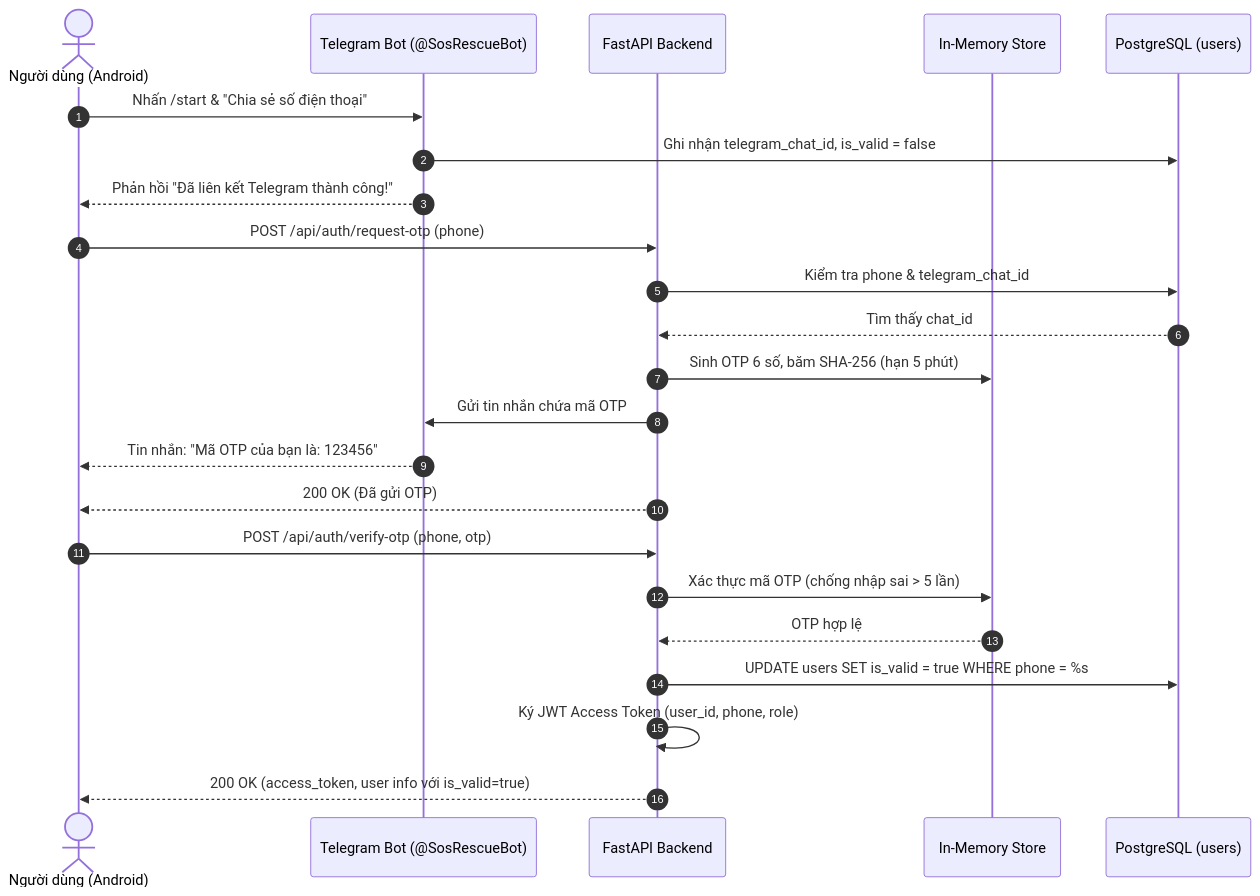
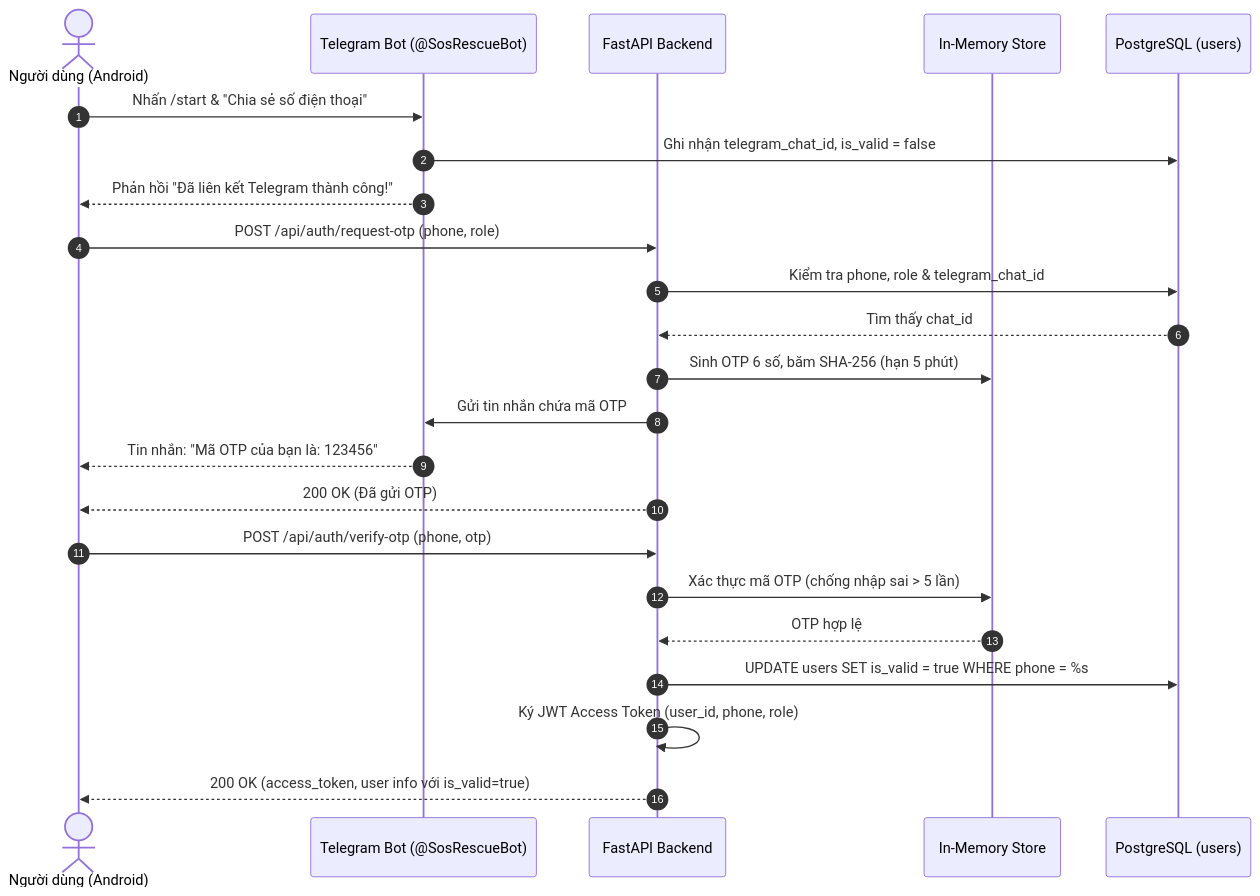
One commit to HiSapril/SOS_Android changed the first of 5 diagrams in docs/BANG_API_VA_LUONG_HOAT_DONG.md. Above: the diagram before and after it, drawn with Mermaid. The commit also changed other lines of this file and 15 other files, not shown here.

````diff
--- a/docs/BANG_API_VA_LUONG_HOAT_DONG.md
+++ b/docs/BANG_API_VA_LUONG_HOAT_DONG.md
@@ -466,28 +503,28 @@
 ```mermaid
 sequenceDiagram
     autonumber
     actor User as Người dùng (Android)
     participant Tele as Telegram Bot (@SosRescueBot)
     participant API as FastAPI Backend
     participant RAM as In-Memory Store
     participant DB as PostgreSQL (users)
 
     User->>Tele: Nhấn /start & "Chia sẻ số điện thoại"
     Tele->>DB: Ghi nhận telegram_chat_id, is_valid = false
     Tele-->>User: Phản hồi "Đã liên kết Telegram thành công!"
     
-    User->>API: POST /api/auth/request-otp (phone)
-    API->>DB: Kiểm tra phone & telegram_chat_id
+    User->>API: POST /api/auth/request-otp (phone, role)
+    API->>DB: Kiểm tra phone, role & telegram_chat_id
     DB-->>API: Tìm thấy chat_id
     API->>RAM: Sinh OTP 6 số, băm SHA-256 (hạn 5 phút)
     API->>Tele: Gửi tin nhắn chứa mã OTP
     Tele-->>User: Tin nhắn: "Mã OTP của bạn là: 123456"
     API-->>User: 200 OK (Đã gửi OTP)
 
     User->>API: POST /api/auth/verify-otp (phone, otp)
     API->>RAM: Xác thực mã OTP (chống nhập sai > 5 lần)
     RAM-->>API: OTP hợp lệ
     API->>DB: UPDATE users SET is_valid = true WHERE phone = %s
     API->>API: Ký JWT Access Token (user_id, phone, role)
     API-->>User: 200 OK (access_token, user info với is_valid=true)
 ```
````
